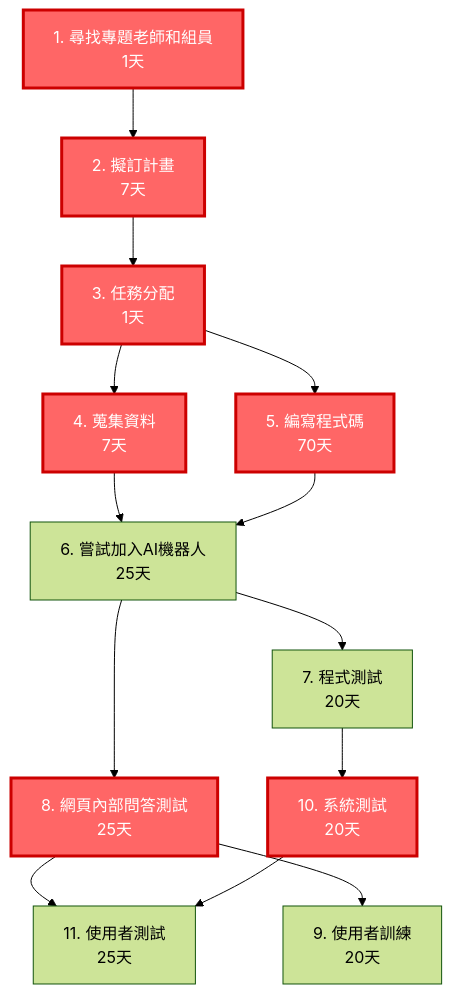
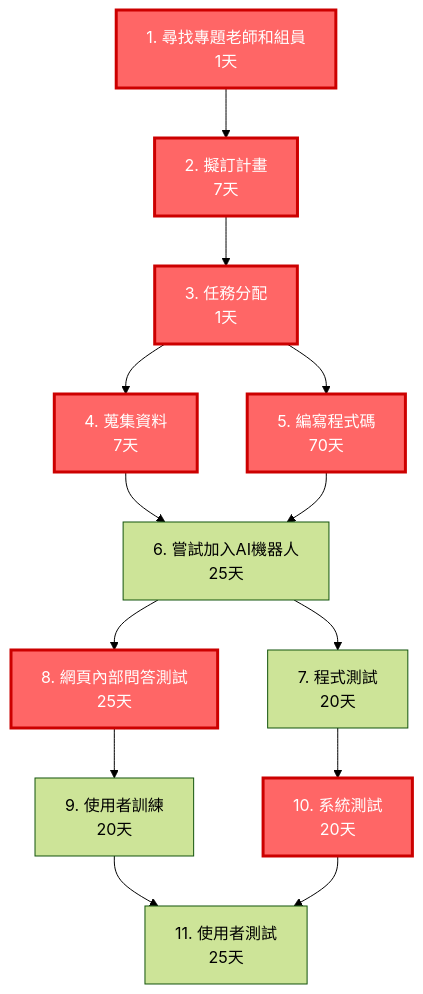
The first of 3 diagrams in hw2.md (c112118202-droid/-), drawn with Mermaid (forest theme) before and after one commit.

````diff
--- a/hw2.md
+++ b/hw2.md
@@ -8,19 +8,19 @@
 ```mermaid
 graph TD
     A[1. 尋找專題老師和組員<br/>1天] --> B[2. 擬訂計畫<br/>7天]
     B --> C[3. 任務分配<br/>1天]
     C --> D[4. 蒐集資料<br/>7天]
     C --> E[5. 編寫程式碼<br/>70天]
     D --> G
     E --> G[6. 嘗試加入AI機器人<br/>25天]
     G --> H[7. 程式測試<br/>20天]
     G --> I[8. 網頁內部問答測試<br/>25天]
     I --> J[9. 使用者訓練<br/>20天]
     H --> K[10. 系統測試<br/>20天]
-    I --> L[11. 使用者測試<br/>25天]
+    J --> L[11. 使用者測試<br/>25天]
     K --> L
     
     class A,B,C,D,E,F,I,K critical
     classDef critical fill:#ff6666,stroke:#cc0000,stroke-width:3px,color:#ffffff;
     classDef normal fill:#f0f0f0,stroke:#333,stroke-width:2px,color:#000000;
 ```
````
